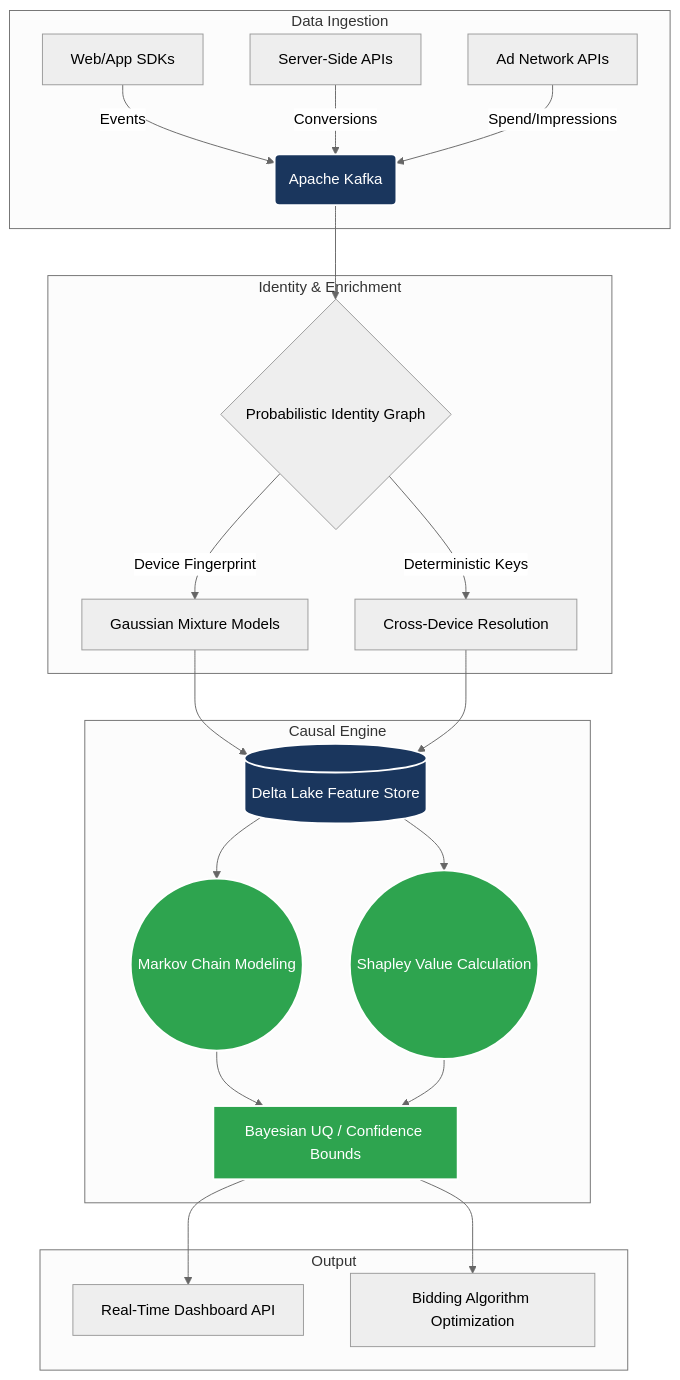
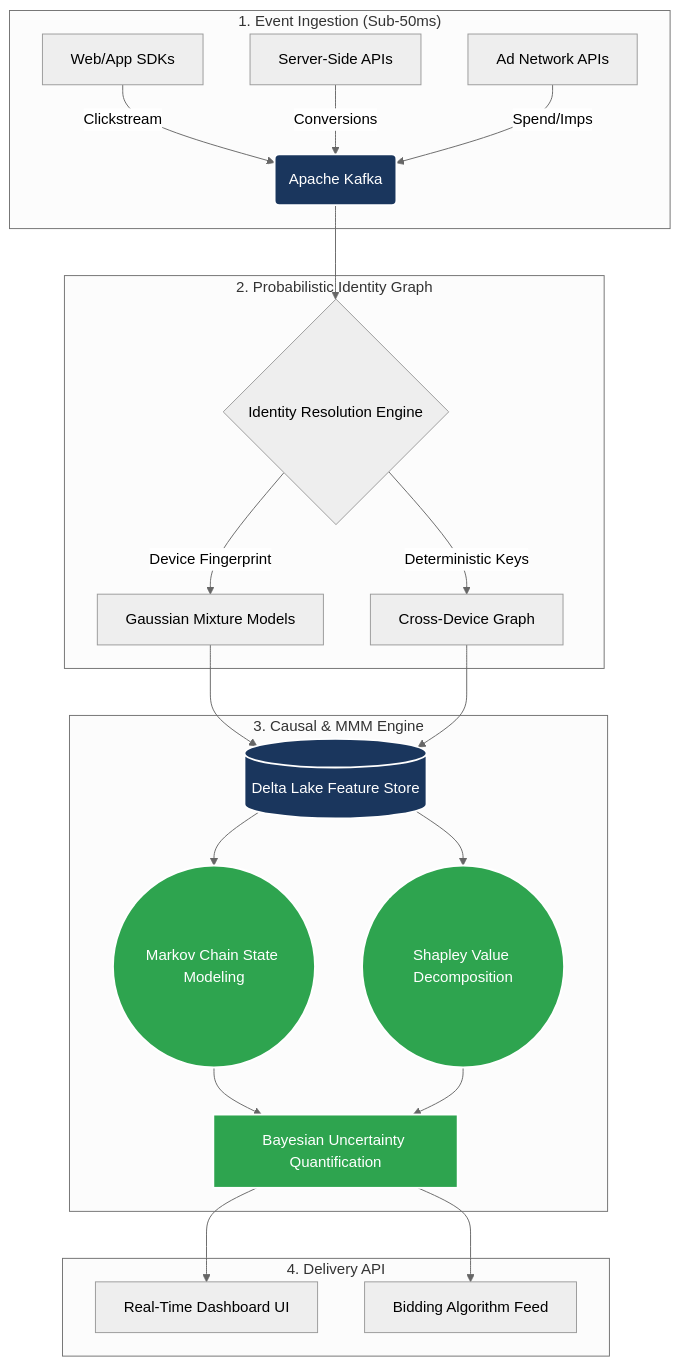
One commit to Michaelrobins938/attribution-assets changed the diagram in README.md. Above: the diagram before and after it, drawn with Mermaid (neutral theme). The commit also changed other lines of this file, not shown here.

Commit message:
Final README: About the Framework/Architect sections, Artemis blueprint, CC BY 4.0 badge, Zenodo search link

````diff
--- a/README.md
+++ b/README.md
@@ -53,34 +54,34 @@
 ```mermaid
 graph TD
-    subgraph Data Ingestion
-        A[Web/App SDKs] -->|Events| C(Apache Kafka)
+    subgraph "1. Event Ingestion (Sub-50ms)"
+        A[Web/App SDKs] -->|Clickstream| C(Apache Kafka)
         B[Server-Side APIs] -->|Conversions| C
-        M[Ad Network APIs] -->|Spend/Impressions| C
+        M[Ad Network APIs] -->|Spend/Imps| C
     end
 
-    subgraph Identity & Enrichment
-        C --> D{Probabilistic Identity Graph}
+    subgraph "2. Probabilistic Identity Graph"
+        C --> D{Identity Resolution Engine}
         D -->|Device Fingerprint| E[Gaussian Mixture Models]
-        D -->|Deterministic Keys| F[Cross-Device Resolution]
+        D -->|Deterministic Keys| F[Cross-Device Graph]
     end
 
-    subgraph Causal Engine
+    subgraph "3. Causal & MMM Engine"
         E --> G[(Delta Lake Feature Store)]
         F --> G
-        G --> H((Markov Chain Modeling))
-        G --> I((Shapley Value Calculation))
-        H --> J[Bayesian UQ / Confidence Bounds]
+        G --> H((Markov Chain State Modeling))
+        G --> I((Shapley Value Decomposition))
+        H --> J[Bayesian Uncertainty Quantification]
         I --> J
     end
 
-    subgraph Output
-        J --> K[Real-Time Dashboard API]
-        J --> L[Bidding Algorithm Optimization]
+    subgraph "4. Delivery API"
+        J --> K[Real-Time Dashboard UI]
+        J --> L[Bidding Algorithm Feed]
     end
 
     classDef core fill:#1a365d,stroke:#fff,stroke-width:2px,color:#fff;
     classDef stream fill:#2ea44f,stroke:#fff,stroke-width:2px,color:#fff;
     class C,G core;
     class H,I,J stream;
 
 ```
````
